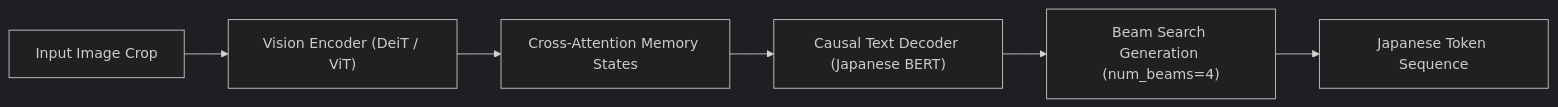
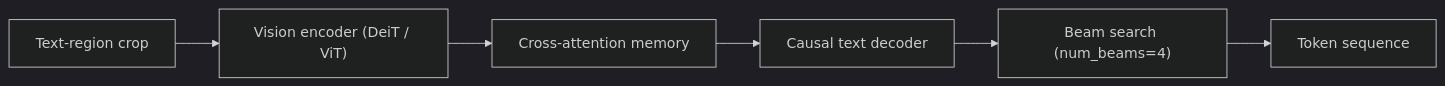
Before and after one commit to Anime-Universe/comic-ocr: the diagram in docs/training.md, drawn with Mermaid (dark theme). The commit also changed other lines of this file and 27 other files, not shown here.

````diff
--- a/docs/training.md
+++ b/docs/training.md
@@ -11,8 +46,8 @@
 ```mermaid
 graph LR
-    Image["Input Image Crop"] --> VisionEncoder["Vision Encoder (DeiT / ViT)"]
-    VisionEncoder --> CrossAttention["Cross-Attention Memory States"]
-    CrossAttention --> TextDecoder["Causal Text Decoder (Japanese BERT)"]
-    TextDecoder --> BeamSearch["Beam Search Generation (num_beams=4)"]
-    BeamSearch --> TextTokens["Japanese Token Sequence"]
+    Crop["Text-region crop"] --> Enc["Vision encoder (DeiT / ViT)"]
+    Enc --> Cross["Cross-attention memory"]
+    Cross --> Dec["Causal text decoder"]
+    Dec --> Beam["Beam search (num_beams=4)"]
+    Beam --> Tokens["Token sequence"]
 ```
````
